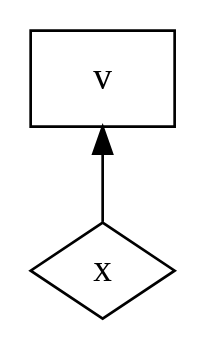
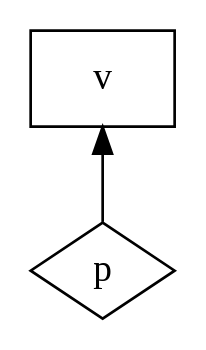
Before and after one commit to ronan-d/separation-logic-presentation: the diagram in heap1.dot, drawn with Graphviz. The commit also changed 2 other files, not shown here.

```diff
--- a/heap1.dot
+++ b/heap1.dot
@@ -1,10 +1,10 @@
 digraph Heap {
     rankdir = BT;
 
     node [shape=box];
 
     v [label=v];
-    x [shape=diamond,label=x];
+    p [shape=diamond,label=p];
 
-    x -> v;
+    p -> v;
 }
```
